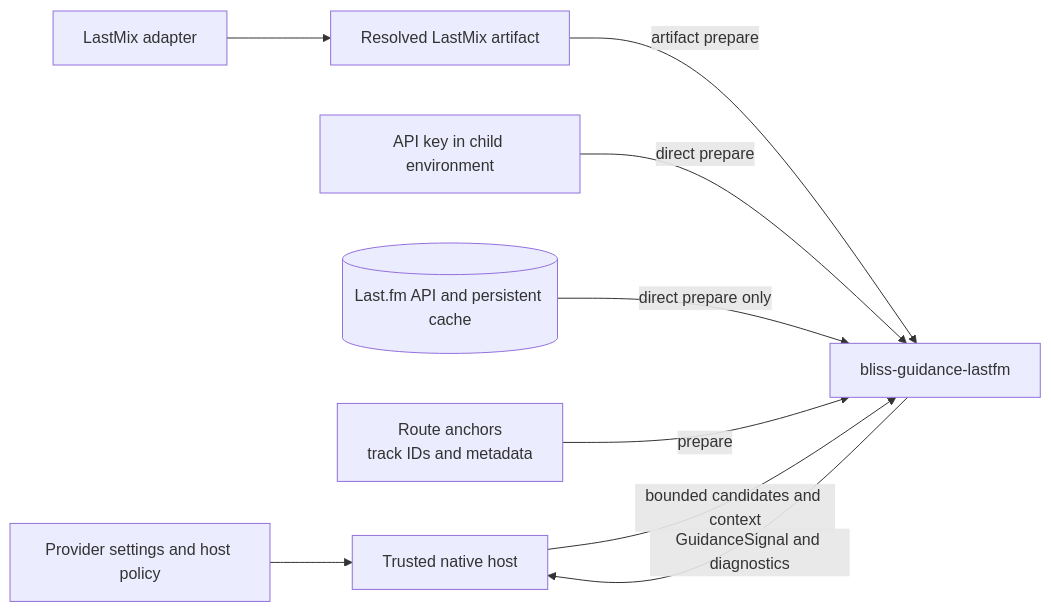
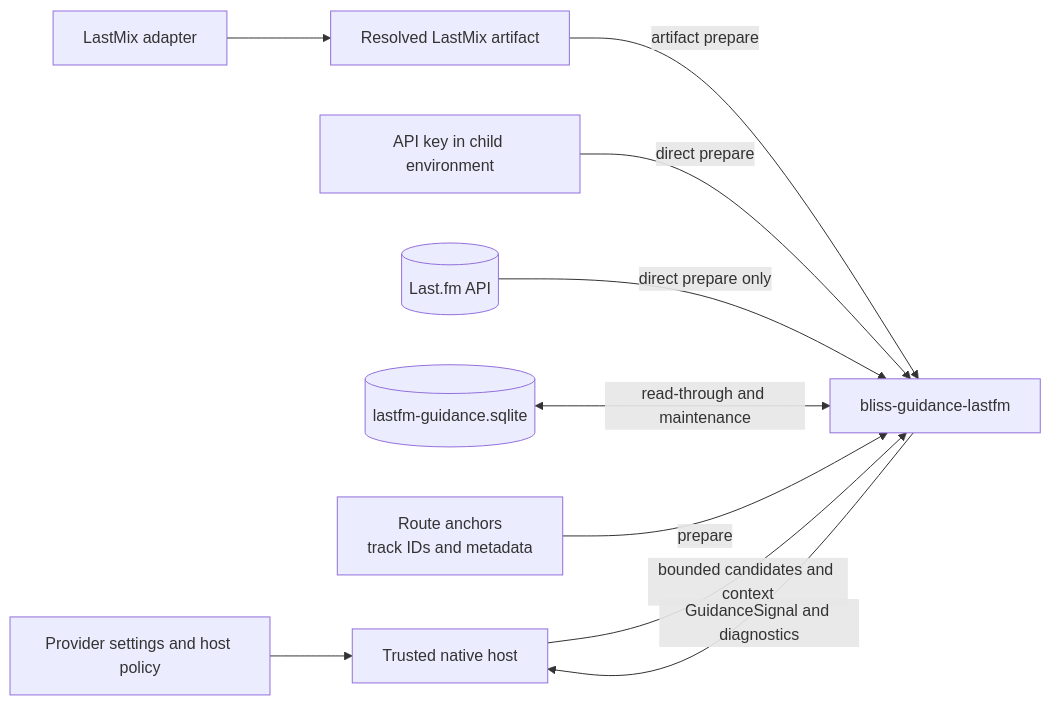
The diagram in README.md (chrober/bliss-guidance-lastfm), drawn with Mermaid before and after one commit. The commit also changed other lines of this file, not shown here.

Commit message:
docs: describe offline Last.fm graph maintenance

````diff
--- a/README.md
+++ b/README.md
@@ -22,11 +23,12 @@
 ```mermaid
 flowchart LR
     S[Provider settings and host policy] --> H[Trusted native host]
     L[LastMix adapter] --> E[Resolved LastMix artifact]
     E -->|artifact prepare| P[bliss-guidance-lastfm]
     K[API key in child environment] -->|direct prepare| P
-    F[(Last.fm API and persistent cache)] -->|direct prepare only| P
+    F[(Last.fm API)] -->|direct prepare only| P
+    G[(lastfm-guidance.sqlite)] <-->|read-through and maintenance| P
     A[Route anchors\ntrack IDs and metadata] -->|prepare| P
     H -->|bounded candidates and context| P
     P -->|GuidanceSignal and diagnostics| H
 ```
````
